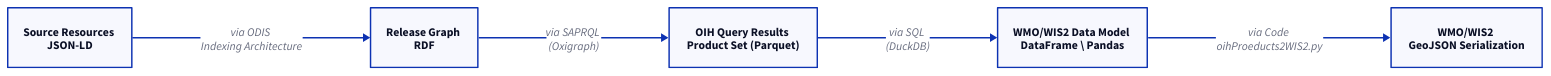
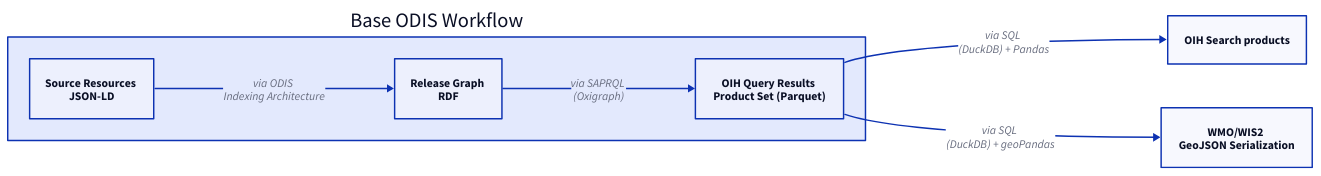
One commit to iodepo/odis-arch changed the diagram in archinterfaces/ODIS-WIS2/docs/flow.d2. Above: the diagram before and after it, drawn with D2. The commit also changed 18 other files, not shown here.

Commit message:
documentation and code updates moving toward OIH and WIS2 deployment

```diff
--- a/archinterfaces/ODIS-WIS2/docs/flow.d2
+++ b/archinterfaces/ODIS-WIS2/docs/flow.d2
@@ -1,15 +1,18 @@
 direction: right
 
+
+wmo: WMO/WIS2 \n GeoJSON Serialization
+oih: OIH Search products
+
+b: Base ODIS Workflow {
 s: Source Resources \n JSON-LD
 rg: Release Graph \n RDF
 ps: OIH Query Results \n Product Set (Parquet)
-wmo: WMO/WIS2 Data Model \n DataFrame \\ Pandas
-gj: WMO/WIS2 \n GeoJSON Serialization
-
 s -> rg: via ODIS \nIndexing Architecture
 
 rg -> ps: via SAPRQL \n (Oxigraph)
 
-ps -> wmo: via SQL \n(DuckDB)
+}
 
-wmo -> gj: via Code \noihProeducts2WIS2.py
+b.ps -> oih: via  SQL \n(DuckDB) + Pandas
+b.ps -> wmo: via SQL \n(DuckDB) + geoPandas
```
